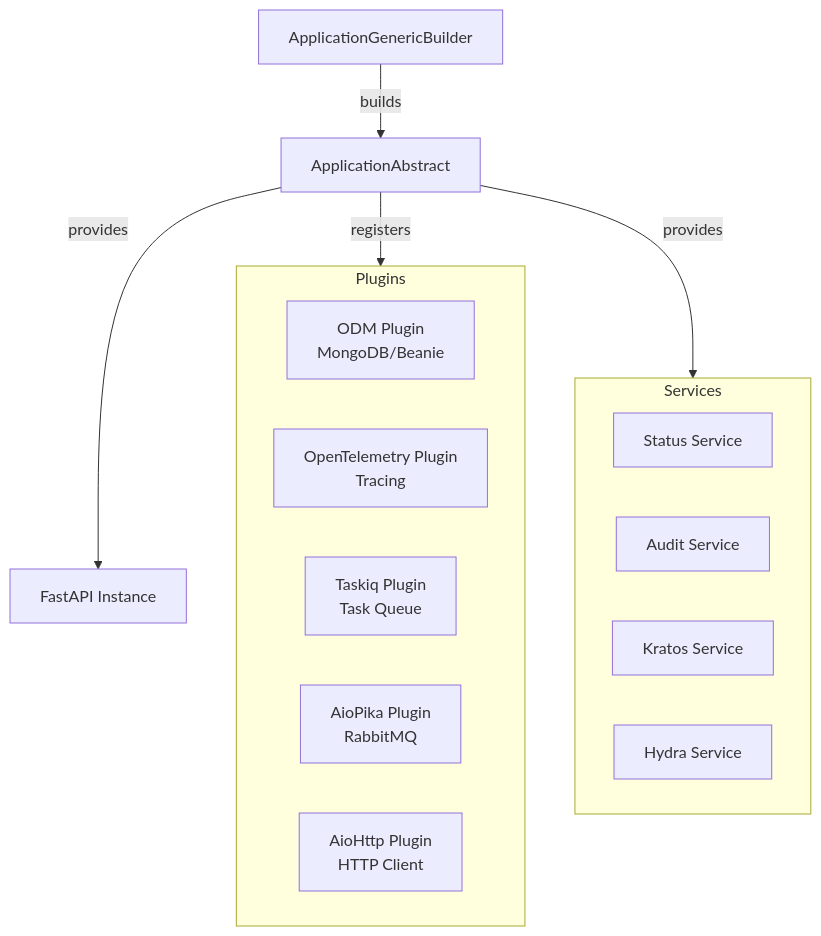
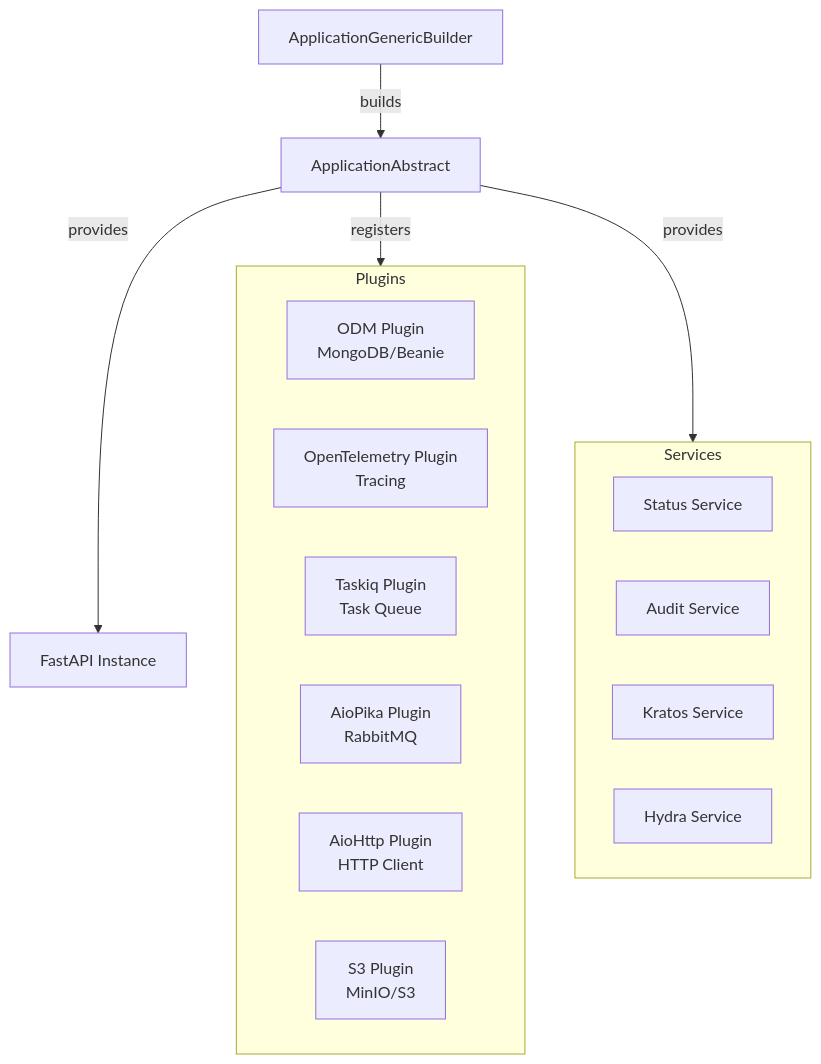
Before and after one commit to DeerHide/fastapi_factory_utilities: the diagram in README.md, drawn with Mermaid. The commit also changed other lines of this file and 20 other files, not shown here.

````diff
--- a/README.md
+++ b/README.md
@@ -412,28 +417,29 @@
 ```mermaid
 graph TB
     App[ApplicationAbstract]
     Builder[ApplicationGenericBuilder]
     FastAPI[FastAPI Instance]
 
     Builder -->|builds| App
     App -->|provides| FastAPI
 
     subgraph Plugins
         ODM[ODM Plugin<br/>MongoDB/Beanie]
         OTel[OpenTelemetry Plugin<br/>Tracing]
         Taskiq[Taskiq Plugin<br/>Task Queue]
         AioPika[AioPika Plugin<br/>RabbitMQ]
         Http[AioHttp Plugin<br/>HTTP Client]
+        S3[S3 Plugin<br/>MinIO/S3]
     end
 
     App -->|registers| Plugins
 
     subgraph Services
         Status[Status Service]
         Audit[Audit Service]
         Kratos[Kratos Service]
         Hydra[Hydra Service]
     end
 
     App -->|provides| Services
 ```
````
